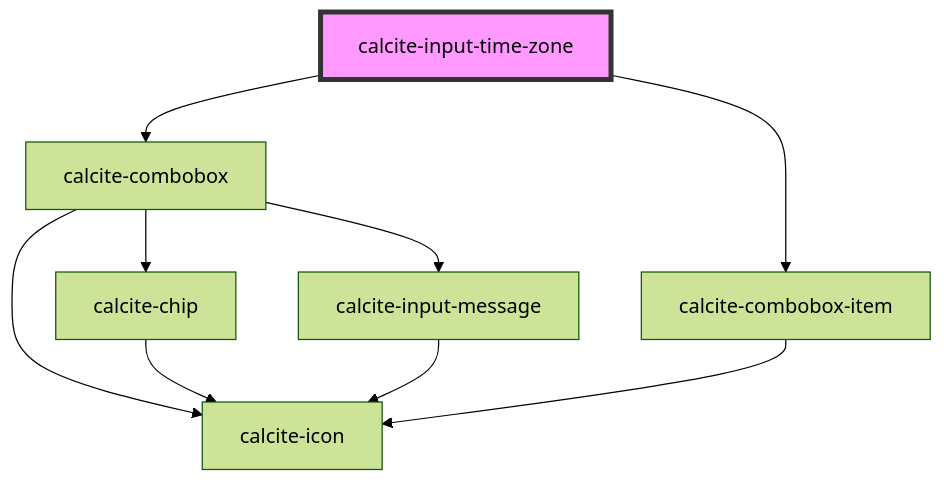
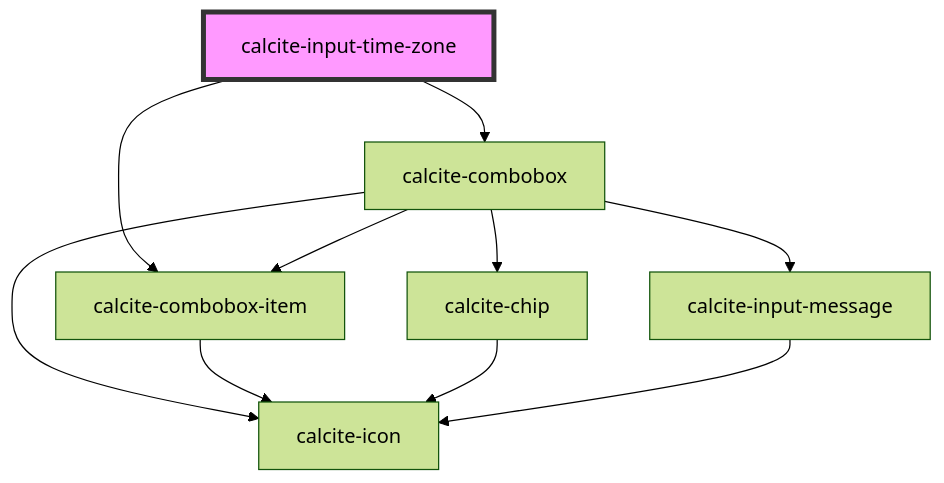
The diagram in packages/calcite-components/src/components/input-time-zone/readme.md (Esri/calcite-design-system), drawn with Mermaid (forest theme) before and after one commit. The commit also changed 31 other files, not shown here.

````diff
--- a/packages/calcite-components/src/components/input-time-zone/readme.md
+++ b/packages/calcite-components/src/components/input-time-zone/readme.md
@@ -69,12 +69,13 @@
 ```mermaid
 graph TD;
   calcite-input-time-zone --> calcite-combobox
   calcite-input-time-zone --> calcite-combobox-item
+  calcite-combobox --> calcite-combobox-item
   calcite-combobox --> calcite-chip
   calcite-combobox --> calcite-icon
   calcite-combobox --> calcite-input-message
+  calcite-combobox-item --> calcite-icon
   calcite-chip --> calcite-icon
   calcite-input-message --> calcite-icon
-  calcite-combobox-item --> calcite-icon
   style calcite-input-time-zone fill:#f9f,stroke:#333,stroke-width:4px
 ```
````
